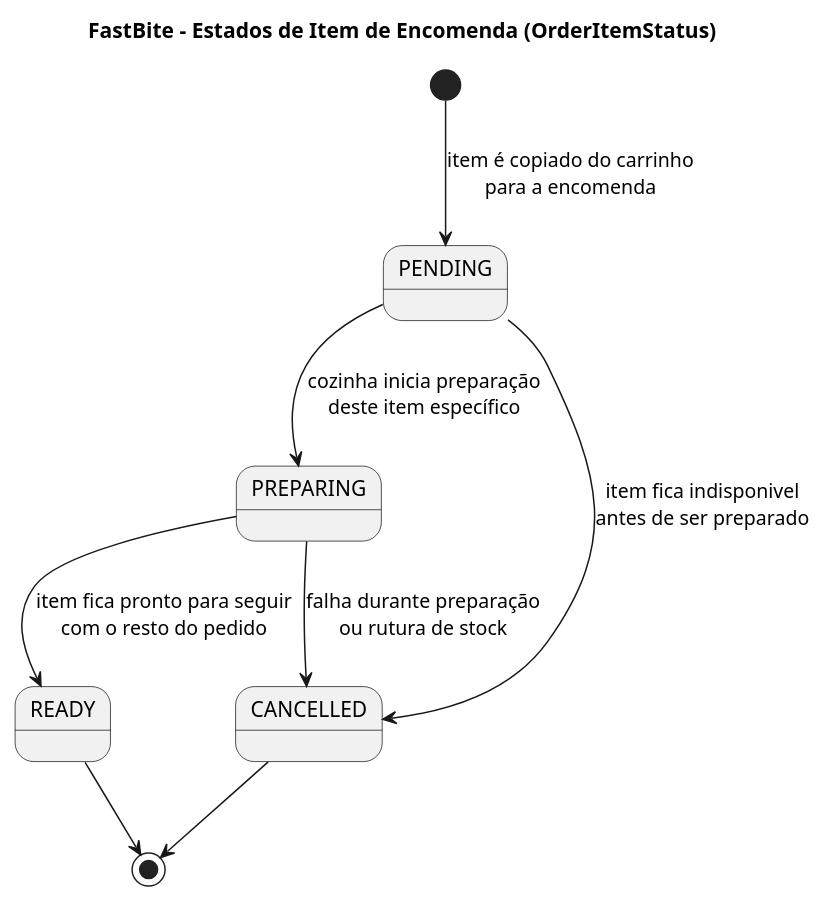
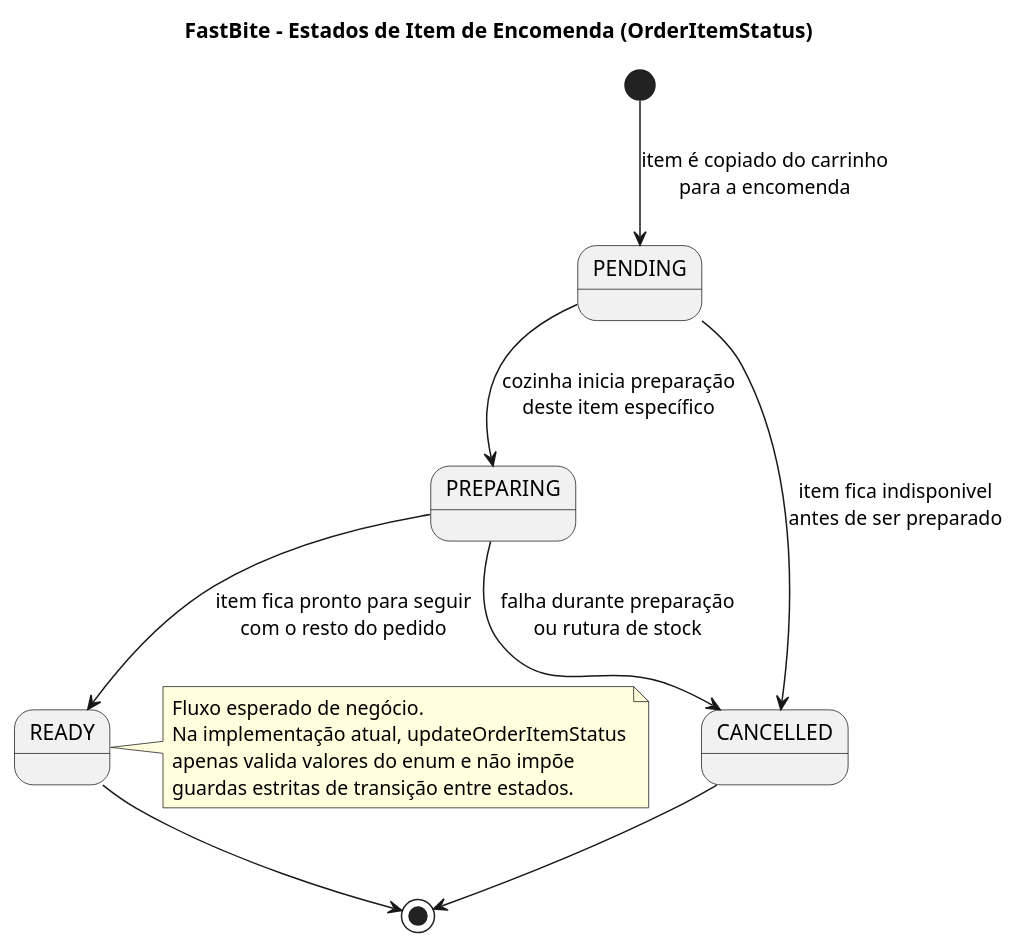
Before and after one commit to DuarteMSousa/FastBite: the diagram in Documentacao/docs novas/04f_estado_item_encomenda.puml, drawn with PlantUML. The commit also changed 4 other files, not shown here.

First line of the commit message:
UML diagrams: delivery cardinality & fixes

```diff
--- a/Documentacao/docs novas/04f_estado_item_encomenda.puml
+++ b/Documentacao/docs novas/04f_estado_item_encomenda.puml
@@ -1,17 +1,24 @@
 @startuml FastBite_State_OrderItem
 title FastBite - Estados de Item de Encomenda (OrderItemStatus)
 
 skinparam shadowing false
 
 [*] --> PENDING : item é copiado do carrinho\npara a encomenda
 
 PENDING --> PREPARING : cozinha inicia preparação\ndeste item específico
 PENDING --> CANCELLED : item fica indisponivel\nantes de ser preparado
 
 PREPARING --> READY : item fica pronto para seguir\ncom o resto do pedido
 PREPARING --> CANCELLED : falha durante preparação\nou rutura de stock
 
 READY --> [*]
 CANCELLED --> [*]
 
+note right of READY
+  Fluxo esperado de negócio.
+  Na implementação atual, updateOrderItemStatus
+  apenas valida valores do enum e não impõe
+  guardas estritas de transição entre estados.
+end note
+
 @enduml
```
